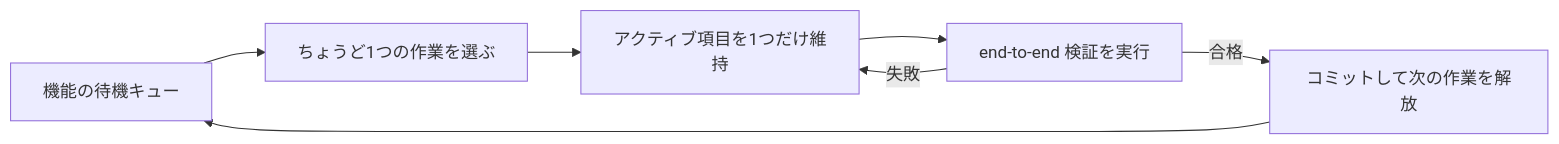
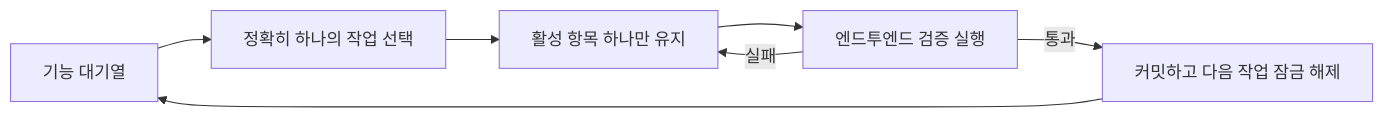
One commit to mkusaka/learn-harness-engineering changed the first of 2 diagrams in docs/ko/lectures/lecture-07-why-agents-overreach-and-under-finish/index.md. Above: the diagram before and after it, drawn with Mermaid. The commit also changed other lines of this file and 684 other files, not shown here.

````diff
--- a/docs/ko/lectures/lecture-07-why-agents-overreach-and-under-finish/index.md
+++ b/docs/ko/lectures/lecture-07-why-agents-overreach-and-under-finish/index.md
@@ -33,9 +33,9 @@
 ```mermaid
 flowchart LR
-    Queue["機能の待機キュー"] --> Pick["ちょうど1つの作業を選ぶ"]
-    Pick --> Active["アクティブ項目を1つだけ維持"]
-    Active --> Verify["end-to-end 検証を実行"]
-    Verify -->|合格| Commit["コミットして次の作業を解放"]
-    Verify -->|失敗| Active
+    Queue["기능 대기열"] --> Pick["정확히 하나의 작업 선택"]
+    Pick --> Active["활성 항목 하나만 유지"]
+    Active --> Verify["엔드투엔드 검증 실행"]
+    Verify -->|통과| Commit["커밋하고 다음 작업 잠금 해제"]
+    Verify -->|실패| Active
     Commit --> Queue
 ```
````
